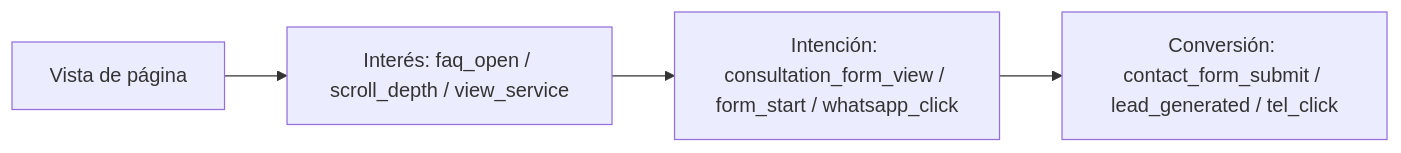
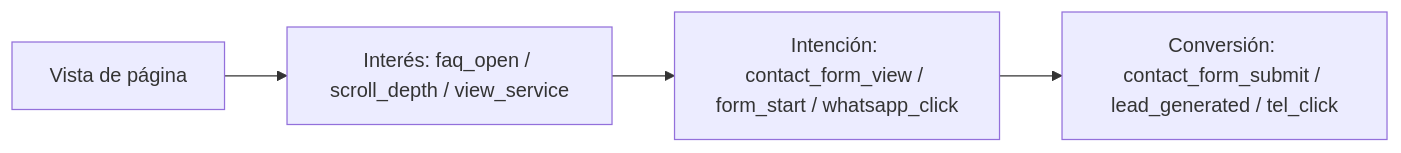
Before and after one commit to Fonsi44/Calculo-de-Penas: the diagram in docs/seo/current/measurement-plan.md, drawn with Mermaid. The commit also changed other lines of this file and 1 other file, not shown here.

````diff
--- a/docs/seo/current/measurement-plan.md
+++ b/docs/seo/current/measurement-plan.md
@@ -20,6 +20,6 @@
 ```mermaid
 flowchart LR
     A[Vista de página] --> B[Interés: faq_open / scroll_depth / view_service]
-    B --> C[Intención: consultation_form_view / form_start / whatsapp_click]
+    B --> C[Intención: contact_form_view / form_start / whatsapp_click]
     C --> D[Conversión: contact_form_submit / lead_generated / tel_click]
 ```
````
